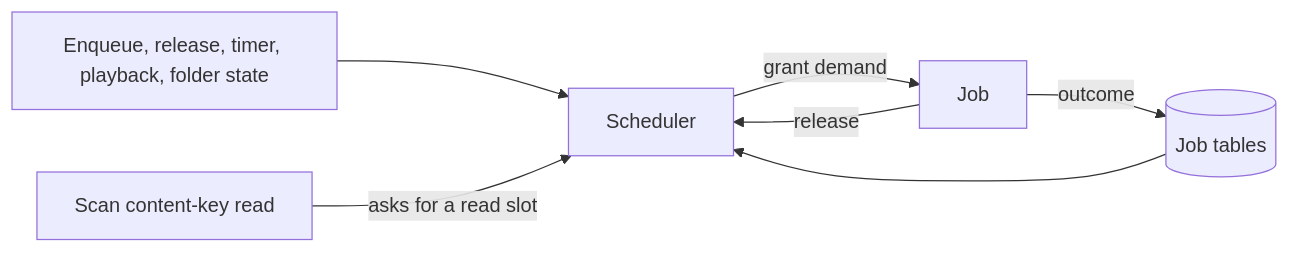
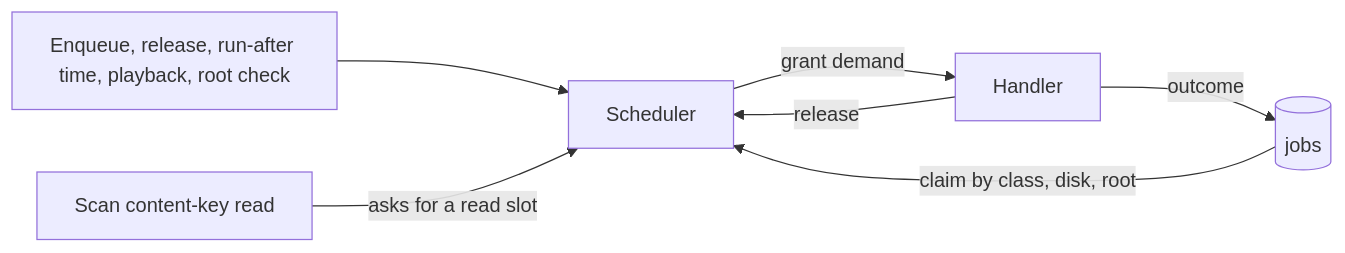
One commit to syudead/vv changed the diagram in specs/068-media-scheduler/research.md. Above: the diagram before and after it, drawn with Mermaid. The commit also changed other lines of this file and 3 other files, not shown here.

First line of the commit message:
docs(068): rebuild the scheduler plan on one job table

````diff
--- a/specs/068-media-scheduler/research.md
+++ b/specs/068-media-scheduler/research.md
@@ -17,9 +23,9 @@
 ```mermaid
 flowchart LR
-  ev[Enqueue, release, timer, playback, folder state] --> sch[Scheduler]
-  q[(Job tables)] --> sch
+  ev[Enqueue, release, run-after time, playback, root check] --> sch[Scheduler]
+  q[(jobs)] -->|claim by class, disk, root| sch
   scan[Scan content-key read] -->|asks for a read slot| sch
-  sch -->|grant demand| run[Job]
+  sch -->|grant demand| run[Handler]
   run -->|outcome| q
   run -->|release| sch
 ```
````
